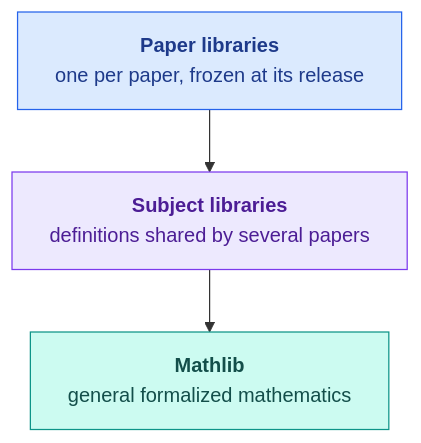
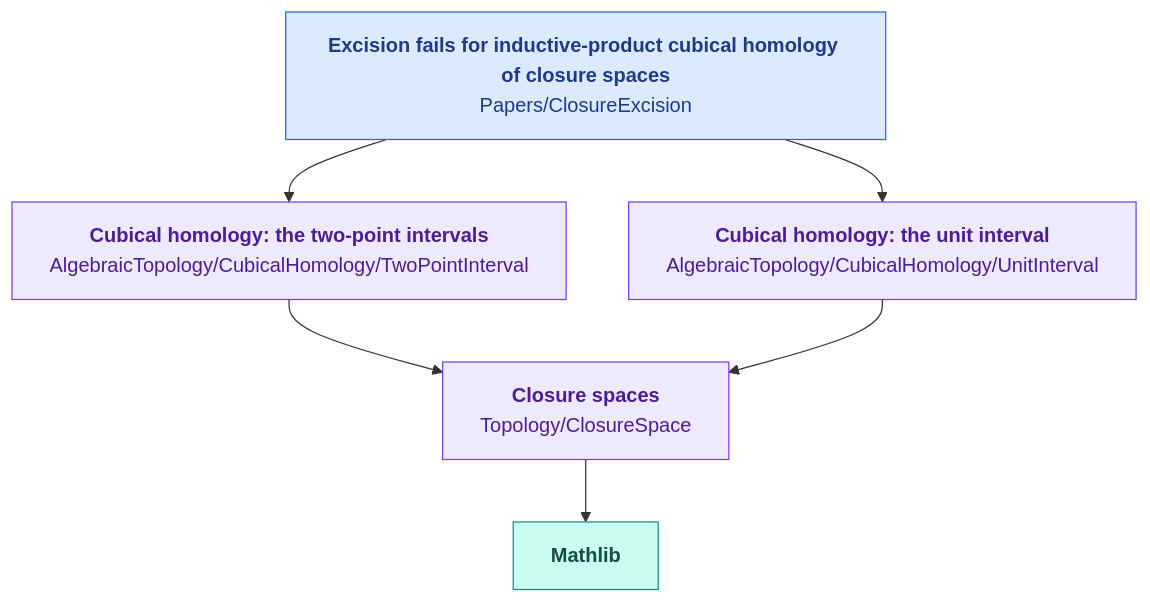
Before and after one commit to takschdube/formalizations: the diagram in README.md, drawn with Mermaid. The commit also changed other lines of this file and 26 other files, not shown here.

````diff
--- a/README.md
+++ b/README.md
@@ -20,14 +20,18 @@
 ```mermaid
-%%{init: {"flowchart": {"wrappingWidth": 400}}}%%
+%%{init: {"flowchart": {"wrappingWidth": 420}}}%%
 flowchart TB
-    P["<b>Paper libraries</b><br/>one per paper, frozen at its release"]
-    S["<b>Subject libraries</b><br/>definitions shared by several papers"]
-    M["<b>Mathlib</b><br/>general formalized mathematics"]
-    P --> S --> M
+    P["<b>Excision fails for inductive-product cubical homology of closure spaces</b><br/>Papers/ClosureExcision"]
+    T["<b>Cubical homology: the two-point intervals</b><br/>AlgebraicTopology/CubicalHomology/TwoPointInterval"]
+    U["<b>Cubical homology: the unit interval</b><br/>AlgebraicTopology/CubicalHomology/UnitInterval"]
+    C["<b>Closure spaces</b><br/>Topology/ClosureSpace"]
+    M["<b>Mathlib</b>"]
+    P --> T & U
+    T & U --> C
+    C --> M
     classDef paper fill:#dbeafe,stroke:#2563eb,color:#1e3a8a
-    classDef subject fill:#ede9fe,stroke:#7c3aed,color:#4c1d95
+    classDef area fill:#ede9fe,stroke:#7c3aed,color:#4c1d95
     classDef base fill:#ccfbf1,stroke:#0d9488,color:#134e4a
     class P paper
-    class S subject
+    class T,U,C area
     class M base
 ```
````
